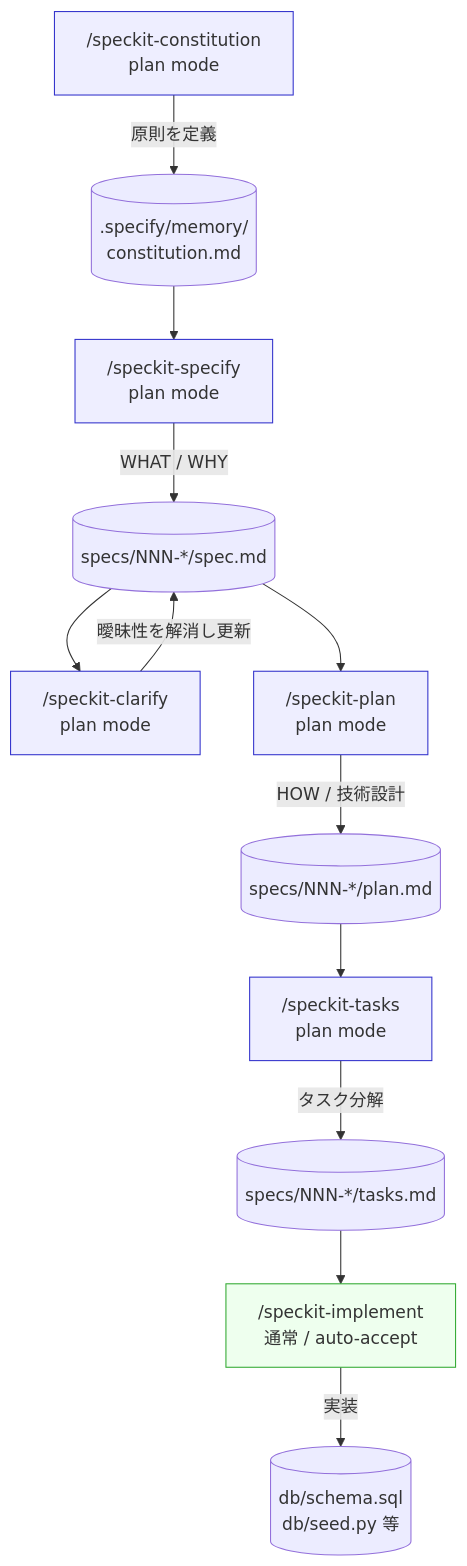
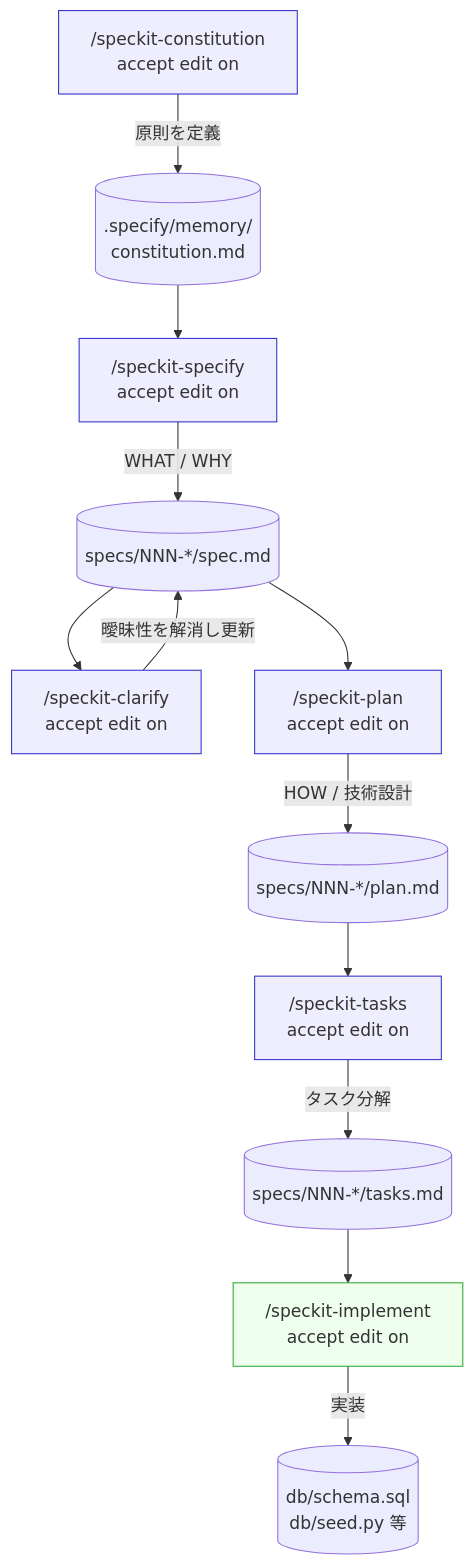
Before and after one commit to shuntaka9576/manufacturing-monitor-ai-handson: the second of 2 diagrams in claude-code/ch1/README.md, drawn with Mermaid. The commit also changed other lines of this file, not shown here.

Commit message:
docs: align ch1 spec-kit workflow guidance with accept-edit mode

````diff
--- a/claude-code/ch1/README.md
+++ b/claude-code/ch1/README.md
@@ -122,21 +122,21 @@
 ```mermaid
 graph TD
-    A["/speckit-constitution<br/>plan mode"] -->|原則を定義| A1[(".specify/memory/<br/>constitution.md")]
-    A1 --> B["/speckit-specify<br/>plan mode"]
+    A["/speckit-constitution<br/>accept edit on"] -->|原則を定義| A1[(".specify/memory/<br/>constitution.md")]
+    A1 --> B["/speckit-specify<br/>accept edit on"]
     B -->|WHAT / WHY| B1[("specs/NNN-*/spec.md")]
-    B1 --> C["/speckit-clarify<br/>plan mode"]
+    B1 --> C["/speckit-clarify<br/>accept edit on"]
     C -->|曖昧性を解消し更新| B1
-    B1 --> D["/speckit-plan<br/>plan mode"]
+    B1 --> D["/speckit-plan<br/>accept edit on"]
     D -->|HOW / 技術設計| D1[("specs/NNN-*/plan.md")]
-    D1 --> E["/speckit-tasks<br/>plan mode"]
+    D1 --> E["/speckit-tasks<br/>accept edit on"]
     E -->|タスク分解| E1[("specs/NNN-*/tasks.md")]
-    E1 --> F["/speckit-implement<br/>通常 / auto-accept"]
+    E1 --> F["/speckit-implement<br/>accept edit on"]
     F -->|実装| F1[("db/schema.sql<br/>db/seed.py 等")]
 
     style A fill:#eef,stroke:#33c,stroke-width:1px
     style B fill:#eef,stroke:#33c,stroke-width:1px
     style C fill:#eef,stroke:#33c,stroke-width:1px
     style D fill:#eef,stroke:#33c,stroke-width:1px
     style E fill:#eef,stroke:#33c,stroke-width:1px
     style F fill:#efe,stroke:#3a3,stroke-width:1px
 ```
````
